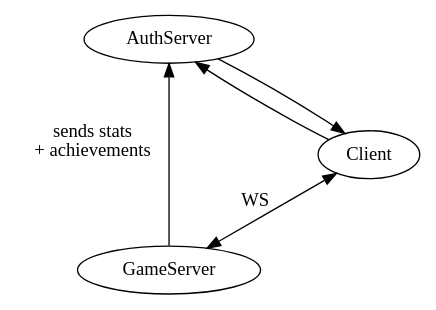
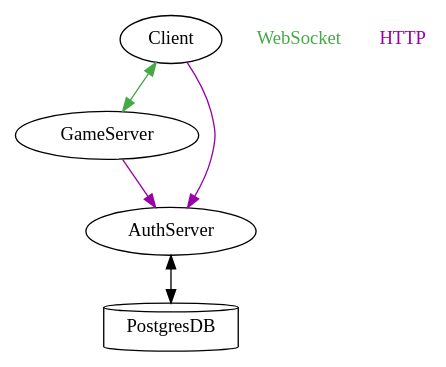
Before and after one commit to cgsdev0/rollycubes: the diagram in system.dot, drawn with Graphviz.

```diff
--- a/system.dot
+++ b/system.dot
@@ -1,8 +1,9 @@
 digraph {
-  layout="circo"
-  GameServer
-  GameServer -> AuthServer [label="sends stats\n+ achievements"]
-  Client -> AuthServer
-  AuthServer -> Client
-  Client -> GameServer [dir="both",label="WS"]
+  GameServer -> AuthServer [color="#9900aa"]
+  Client -> GameServer [dir="both", color="#44aa44"] 
+  Client -> AuthServer [color="#9900aa"]
+  PostgresDB [shape="cylinder"]
+  AuthServer -> PostgresDB [dir="both"]
+  WebSocket [fontcolor="#44aa44", shape=plain]
+  HTTP [fontcolor="#9900aa", shape=plain]
 }
```
